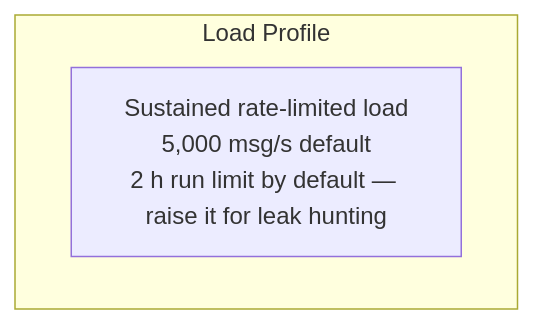
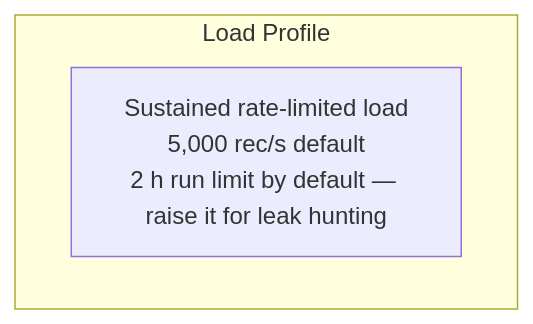
Before and after one commit to actions-marketplace-validations/bmscomp_kates: the sixth of 8 diagrams in docs/book/05-test-types.md, drawn with Mermaid. The commit also changed other lines of this file and 27 other files, not shown here.

````diff
--- a/docs/book/05-test-types.md
+++ b/docs/book/05-test-types.md
@@ -224,7 +232,10 @@
 ```mermaid
+%%| label: fig-types-endurance-profile
+%%| fig-cap: "An ENDURANCE soak run sustains a moderate rate over hours to expose slow memory, disk, or thread leaks."
+%%| fig-alt: "Diagram showing Endurance Load Profile: sustained rate-limited load at 5,000 rec/s default with a 2-hour default run limit that can be raised for long-term leak hunting."
 graph LR
     subgraph Endurance["Load Profile"]
         direction LR
-        E1["Sustained rate-limited load<br/>5,000 msg/s default<br/>2 h run limit by default — raise it for leak hunting"]
+        E1["Sustained rate-limited load<br/>5,000 rec/s default<br/>2 h run limit by default — raise it for leak hunting"]
     end
 ```
````
